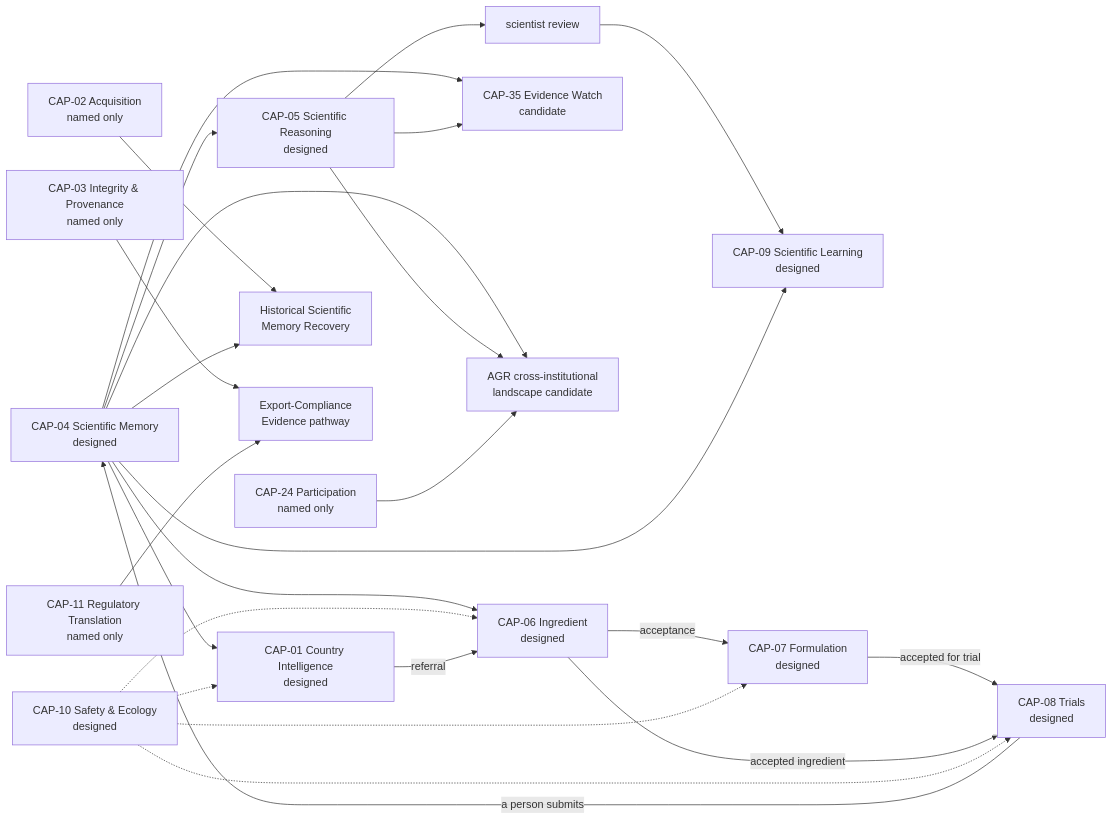
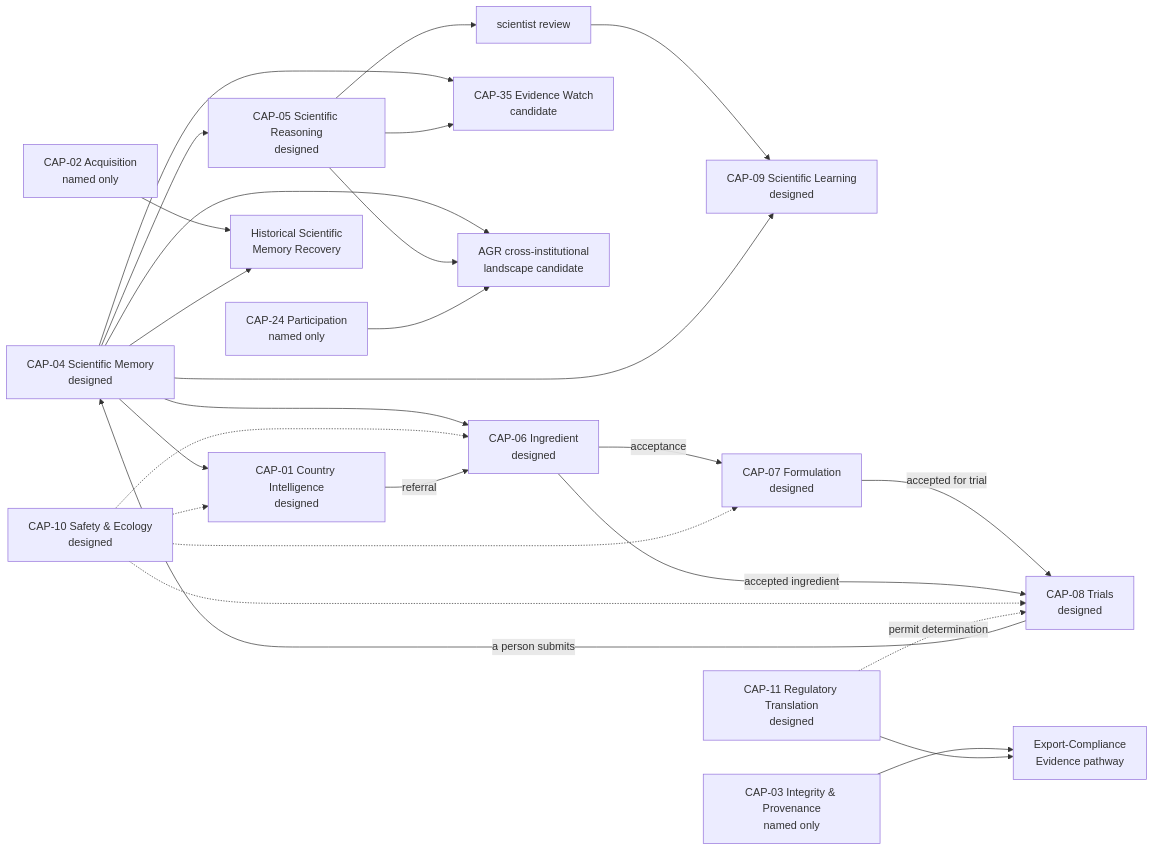
One commit to AdvancedAgricultureBiometrix/aab-source-of-truth changed the second of 4 diagrams in governance/AAB-PLATFORM-ROADMAP-2026-09-27.md. Above: the diagram before and after it, drawn with Mermaid. The commit also changed other lines of this file and 1 other file, not shown here.

First line of the commit message:
Roadmap and stock-take at b2c5c10: overview revised, CAP-11 committed

````diff
--- a/governance/AAB-PLATFORM-ROADMAP-2026-09-27.md
+++ b/governance/AAB-PLATFORM-ROADMAP-2026-09-27.md
@@ -551,27 +555,28 @@
 ```mermaid
 flowchart LR
   A04[CAP-04 Scientific Memory<br/>designed] --> A05[CAP-05 Scientific Reasoning<br/>designed]
   A05 --> H[scientist review]
   H --> A09[CAP-09 Scientific Learning<br/>designed]
   A04 --> A09
   A04 --> W[CAP-35 Evidence Watch<br/>candidate]
   A05 --> W
   A04 --> X[AGR cross-institutional<br/>landscape candidate]
   A05 --> X
   A24[CAP-24 Participation<br/>named only] --> X
   A06[CAP-06 Ingredient<br/>designed] -->|acceptance| A07[CAP-07 Formulation<br/>designed]
   A04 --> A06
   A10 -.-> A06
   A10 -.-> A07
   A04 --> A01[CAP-01 Country Intelligence<br/>designed]
   A01 -->|referral| A06
   A10[CAP-10 Safety & Ecology<br/>designed] -.-> A01
   A07 -->|accepted for trial| A08[CAP-08 Trials<br/>designed]
   A06 -->|accepted ingredient| A08
   A08 -->|a person submits| A04
   A10 -.-> A08
   A02[CAP-02 Acquisition<br/>named only] --> HSM[Historical Scientific<br/>Memory Recovery]
   A04 --> HSM
   A03[CAP-03 Integrity & Provenance<br/>named only] --> EXP[Export-Compliance<br/>Evidence pathway]
-  A11[CAP-11 Regulatory Translation<br/>named only] --> EXP
+  A11[CAP-11 Regulatory Translation<br/>designed] --> EXP
+  A11 -.->|permit determination| A08
 ```
````
